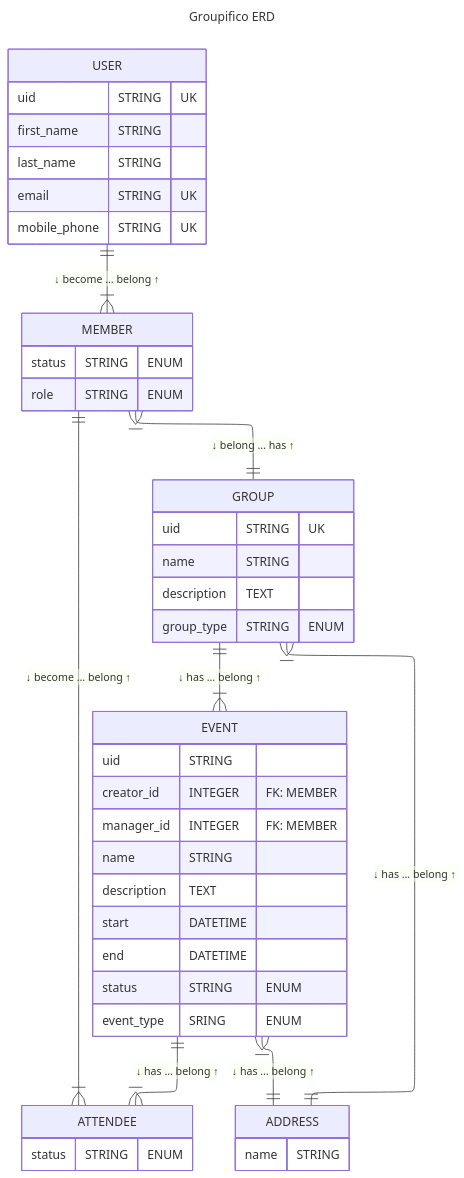
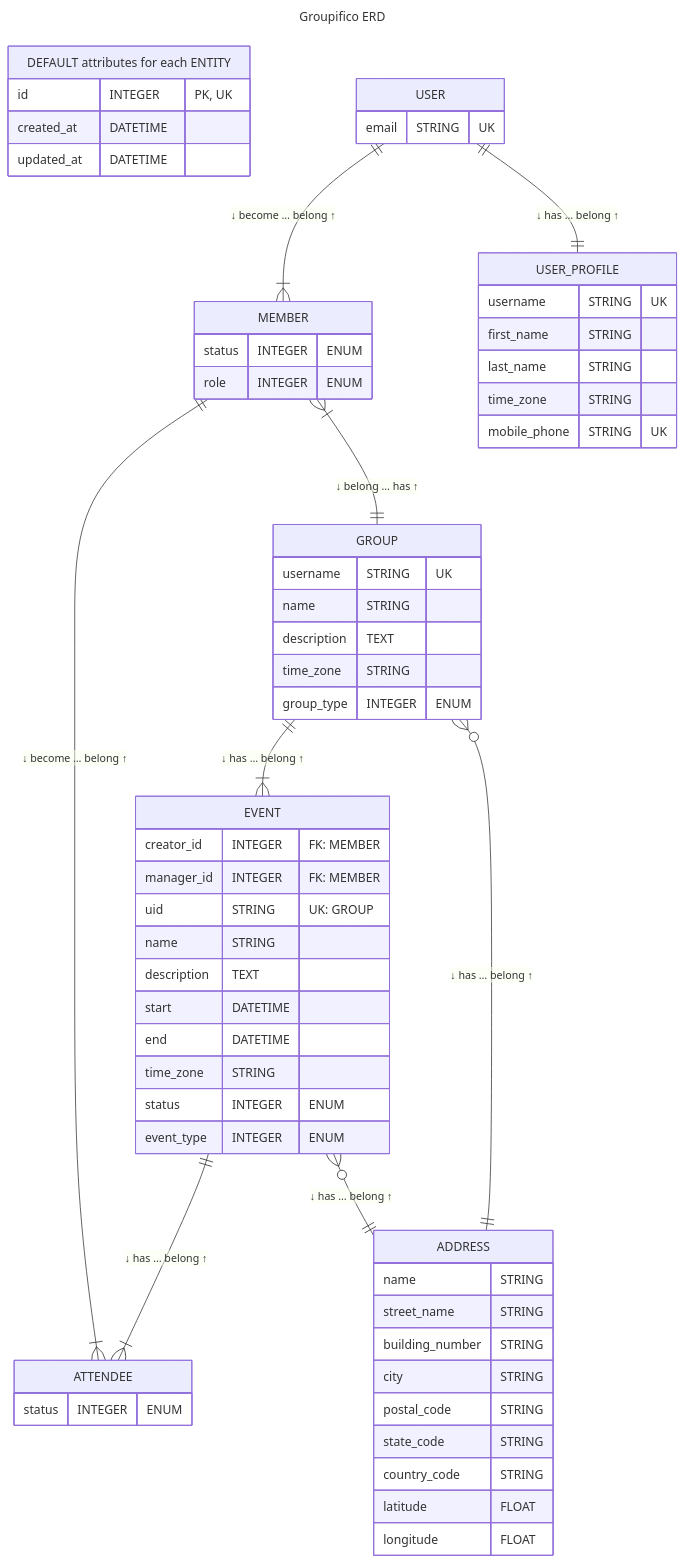
Before and after one commit to izkreny/groupifico: the diagram in README.md, drawn with Mermaid. The commit also changed other lines of this file and 1 other file, not shown here.

Commit message:
docs: update ERDs and add USER_PROFILE entity
* Final ERD update for MVP before Rails Models generation

````diff
--- a/README.md
+++ b/README.md
@@ -128,59 +160,84 @@
 ```mermaid
 ---
 title: Groupifico ERD
-config:
-  layout: elk
+# IMPORTANT NOTES:
+# - Official syntax for entity attributes is: `type name key "comment"`
+# - Syntax for entity attributes used below: `name TYPE "key + comment"`
+# - Foreign key attributes are ommited if visible relationships exists
 ---
 
+
 erDiagram
-    direction TB
-    USER   1  to 1+ MEMBER   : "↓ become … belong ↑"
-    MEMBER 1+ to 1  GROUP    : "↓ belong … has ↑"
-    GROUP  1  to 1+ EVENT    : "↓ has    … belong ↑"
-    EVENT  1  to 1+ ATTENDEE : "↓ has    … belong ↑"
-    MEMBER 1  to 1+ ATTENDEE : "↓ become … belong ↑"
-    GROUP  1+ to 1  ADDRESS  : "↓ has    … belong ↑"
-    EVENT  1+ to 1  ADDRESS  : "↓ has    … belong ↑"
+  direction TB
+  %% DEFAULT ATTRIBUTES
+  "DEFAULT attributes for each ENTITY" {
+    id         INTEGER  "PK, UK"
+    created_at DATETIME
+    updated_at DATETIME
+  }
 
-    USER {
-        uid          STRING "UK"
-        first_name   STRING
-        last_name    STRING
-        email        STRING "UK"
-        mobile_phone STRING "UK"
-    }
+  %% RELATIONSHIPS
+  USER   1  to 1+ MEMBER       : "↓ become … belong ↑"
+  USER   1  to 1  USER_PROFILE : "↓ has    … belong ↑"
+  MEMBER 1+ to 1  GROUP        : "↓ belong … has ↑"
+  GROUP  1  to 1+ EVENT        : "↓ has    … belong ↑"
+  EVENT  1  to 1+ ATTENDEE     : "↓ has    … belong ↑"
+  MEMBER 1  to 1+ ATTENDEE     : "↓ become … belong ↑"
+  GROUP  0+ to 1  ADDRESS      : "↓ has    … belong ↑"
+  EVENT  0+ to 1  ADDRESS      : "↓ has    … belong ↑"
 
-    GROUP {
-        uid         STRING "UK"
-        name        STRING
-        description TEXT
-        group_type  STRING "ENUM"
-    }
+  %% ENTITIES
+  USER {
+    email STRING "UK"
+  }
 
-    MEMBER {
-        status STRING "ENUM"
-        role   STRING "ENUM"
-    }
+  USER_PROFILE {
+    username     STRING "UK"
+    first_name   STRING
+    last_name    STRING
+    time_zone    STRING
+    mobile_phone STRING "UK"
+  }
 
-    EVENT {
-        uid         STRING
-        creator_id  INTEGER "FK: MEMBER"
-        manager_id  INTEGER "FK: MEMBER"
-        name        STRING
-        description TEXT
-        start       DATETIME
-        end         DATETIME
-        status      STRING "ENUM"
-        event_type  SRING "ENUM"
-    }
+  GROUP {
+    username    STRING "UK"
+    name        STRING
+    description TEXT
+    time_zone   STRING
+    group_type  INTEGER "ENUM"
+  }
 
-    ATTENDEE {
-        status STRING "ENUM"
-    }
+  MEMBER {
+    status INTEGER "ENUM"
+    role   INTEGER "ENUM"
+  }
 
-    ADDRESS {
-        name STRING
-        %% Add other details as city, country, street, etc.
-        %% Implement later geo coordinates aka location
-    }
+  EVENT {
+    creator_id  INTEGER "FK: MEMBER"
+    manager_id  INTEGER "FK: MEMBER"
+    uid         STRING "UK: GROUP"
+    name        STRING
+    description TEXT
+    start       DATETIME
+    end         DATETIME
+    time_zone   STRING
+    status      INTEGER "ENUM"
+    event_type  INTEGER "ENUM"
+  }
+
+  ATTENDEE {
+    status INTEGER "ENUM"
+  }
+
+  ADDRESS {
+    name            STRING
+    street_name     STRING
+    building_number STRING
+    city            STRING
+    postal_code     STRING
+    state_code      STRING
+    country_code    STRING
+    latitude        FLOAT
+    longitude       FLOAT
+  }
 ```
````
